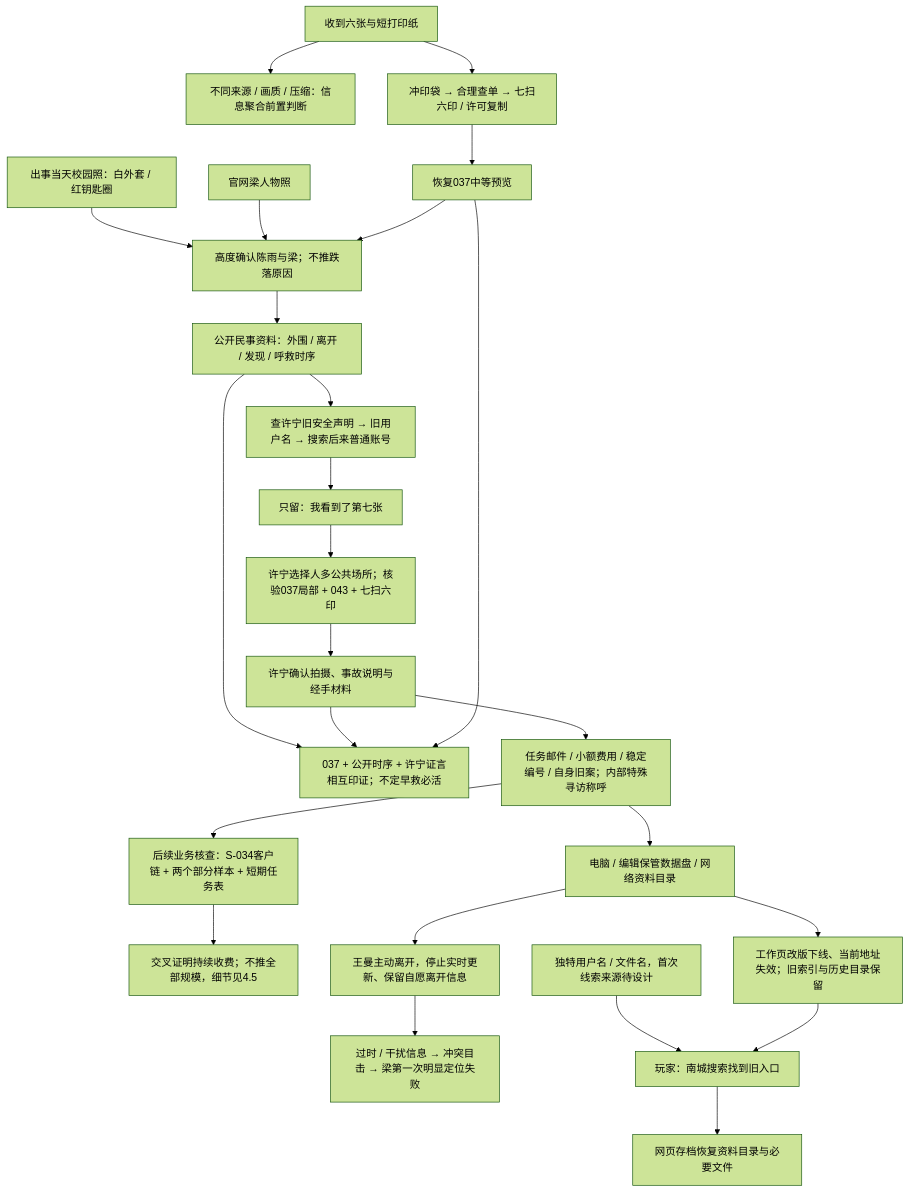
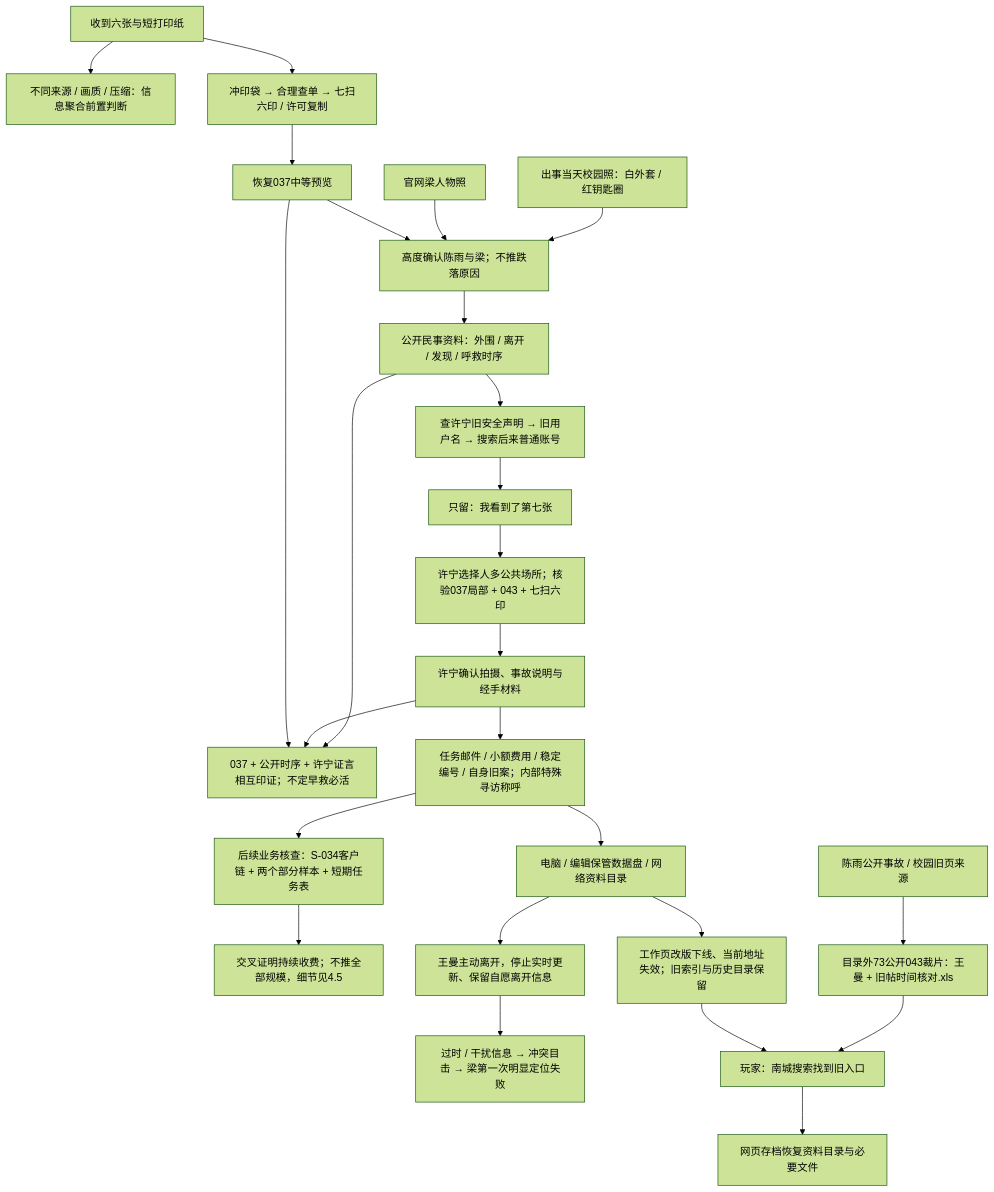
Before and after one commit to volcano-77/last-seen-online: the fourth of 6 diagrams in docs/cases/case-01-missing-person/information-dependency-map.md, drawn with Mermaid (forest theme). The commit also changed other lines of this file and 5 other files, not shown here.

````diff
--- a/docs/cases/case-01-missing-person/information-dependency-map.md
+++ b/docs/cases/case-01-missing-person/information-dependency-map.md
@@ -286,27 +287,27 @@
 ```mermaid
 flowchart TD
   package["收到六张与短打印纸"] --> mixed["不同来源 / 画质 / 压缩：信息聚合前置判断"]
   package --> shop["冲印袋 → 合理查单 → 七扫六印 / 许可复制"]
   shop --> image["恢复037中等预览"]
   campus["出事当天校园照：白外套 / 红钥匙圈"] --> identity["高度确认陈雨与梁；不推跌落原因"]
   founder["官网梁人物照"] --> identity
   image --> identity
   identity --> civil["公开民事资料：外围 / 离开 / 发现 / 呼救时序"]
   civil --> contact["查许宁旧安全声明 → 旧用户名 → 搜索后来普通账号"]
   contact --> message["只留：我看到了第七张"]
   message --> meeting["许宁选择人多公共场所；核验037局部 + 043 + 七扫六印"]
   meeting --> xu["许宁确认拍摄、事故说明与经手材料"]
   civil --> corroborate["037 + 公开时序 + 许宁证言相互印证；不定早救必活"]
   xu --> corroborate
   image --> corroborate
   xu --> work["任务邮件 / 小额费用 / 稳定编号 / 自身旧案；内部特殊寻访称呼"]
   work --> business["后续业务核查：S-034客户链 + 两个部分样本 + 短期任务表"]
   business --> limits["交叉证明持续收费；不推全部规模，细节见4.5"]
   work --> backups["电脑 / 编辑保管数据盘 / 网络资料目录"]
   backups --> leave["王曼主动离开，停止实时更新、保留自愿离开信息"]
   leave --> failure["过时 / 干扰信息 → 冲突目击 → 梁第一次明显定位失败"]
   backups --> oldPage["工作页改版下线、当前地址失效；旧索引与历史目录保留"]
-  seed["独特用户名 / 文件名，首次线索来源待设计"] --> search["玩家：南城搜索找到旧入口"]
+  publicSource["陈雨公开事故 / 校园旧页来源"] --> seed["目录外73公开043裁片：王曼 + 旧帖时间核对.xls"] --> search["玩家：南城搜索找到旧入口"]
   oldPage --> search
   search --> archive["网页存档恢复资料目录与必要文件"]
 ```
````
